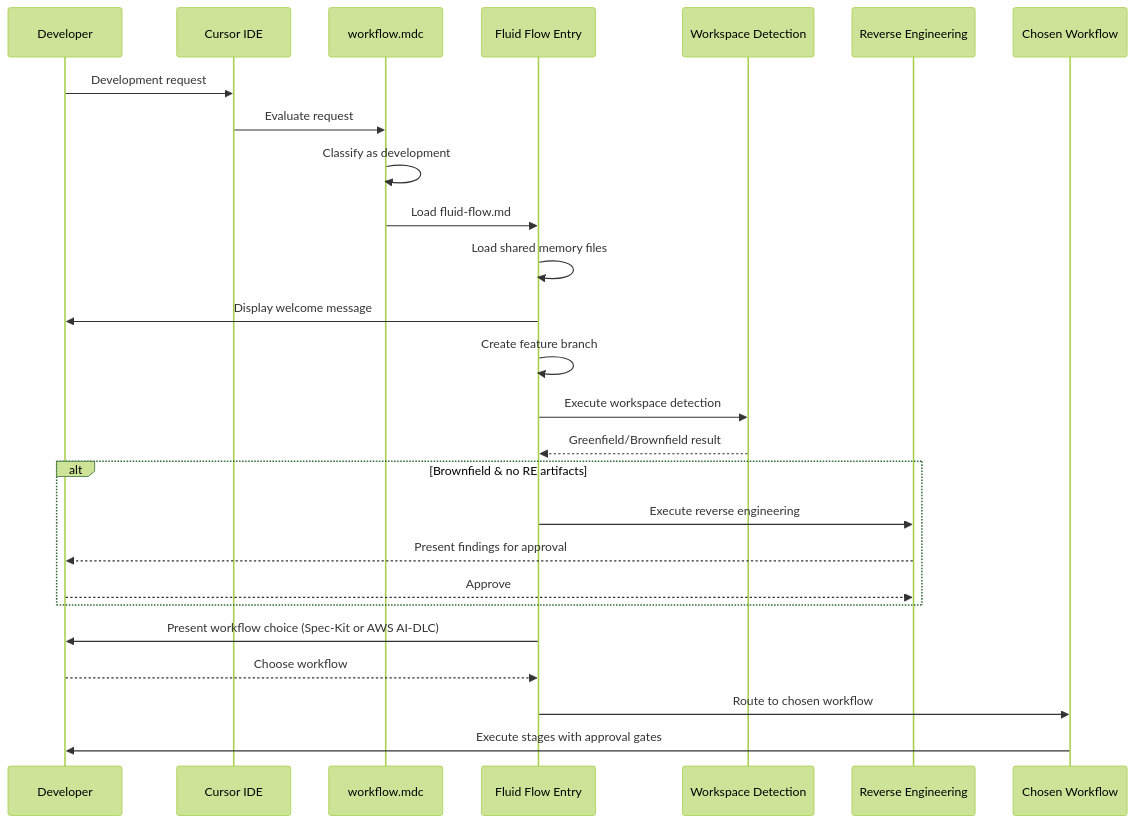
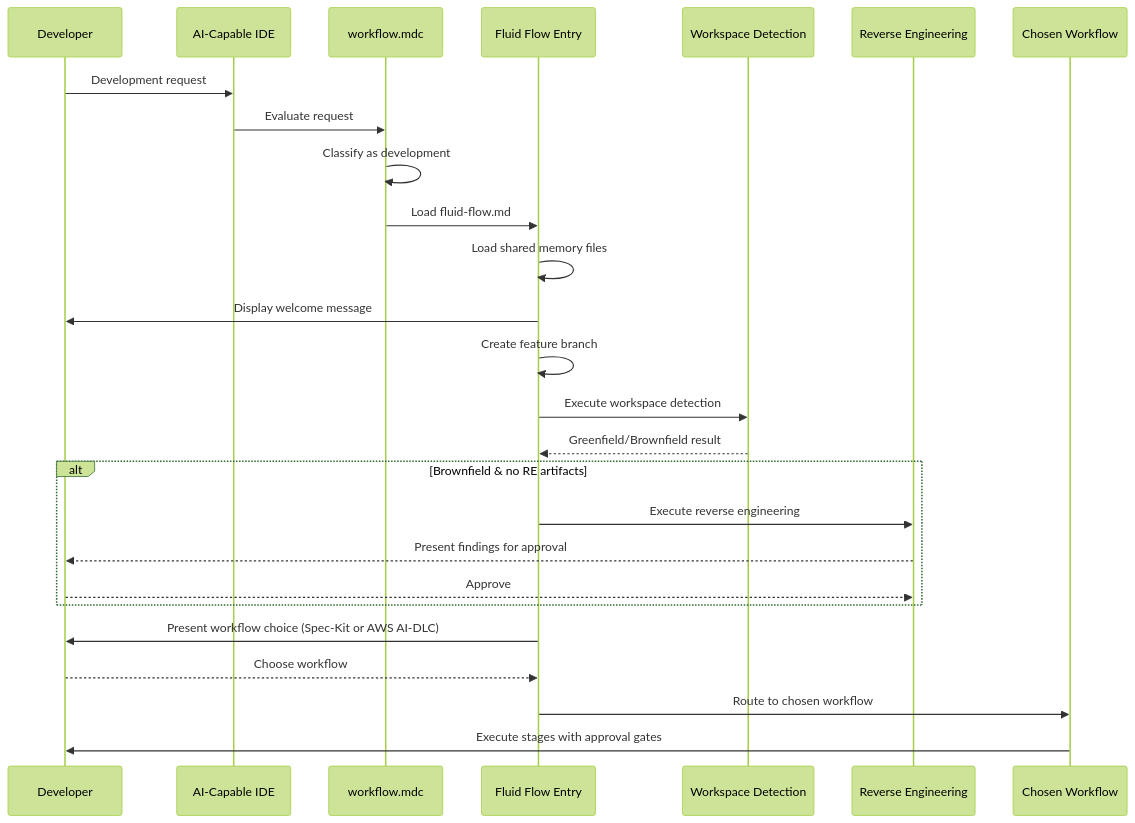
One commit to premkumarjanagarajan/fluid-flow-ai changed the third of 3 diagrams in docs/ARCHITECTURE.md. Above: the diagram before and after it, drawn with Mermaid (forest theme). The commit also changed other lines of this file and 5 other files, not shown here.

````diff
--- a/docs/ARCHITECTURE.md
+++ b/docs/ARCHITECTURE.md
@@ -195,34 +195,34 @@
 ```mermaid
 sequenceDiagram
     participant Dev as Developer
-    participant IDE as Cursor IDE
+    participant IDE as AI-Capable IDE
     participant Rule as workflow.mdc
     participant FF as Fluid Flow Entry
     participant WD as Workspace Detection
     participant RE as Reverse Engineering
     participant WF as Chosen Workflow
 
     Dev->>IDE: Development request
     IDE->>Rule: Evaluate request
     Rule->>Rule: Classify as development
     Rule->>FF: Load fluid-flow.md
 
     FF->>FF: Load shared memory files
     FF->>Dev: Display welcome message
 
     FF->>FF: Create feature branch
     FF->>WD: Execute workspace detection
     WD-->>FF: Greenfield/Brownfield result
 
     alt Brownfield & no RE artifacts
         FF->>RE: Execute reverse engineering
         RE-->>Dev: Present findings for approval
         Dev-->>RE: Approve
     end
 
     FF->>Dev: Present workflow choice (Spec-Kit or AWS AI-DLC)
     Dev-->>FF: Choose workflow
 
     FF->>WF: Route to chosen workflow
     WF->>Dev: Execute stages with approval gates
 ```
````
